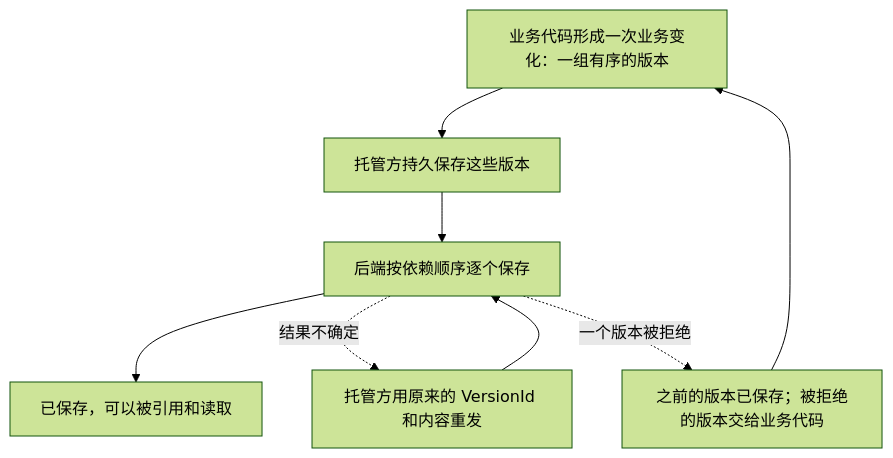
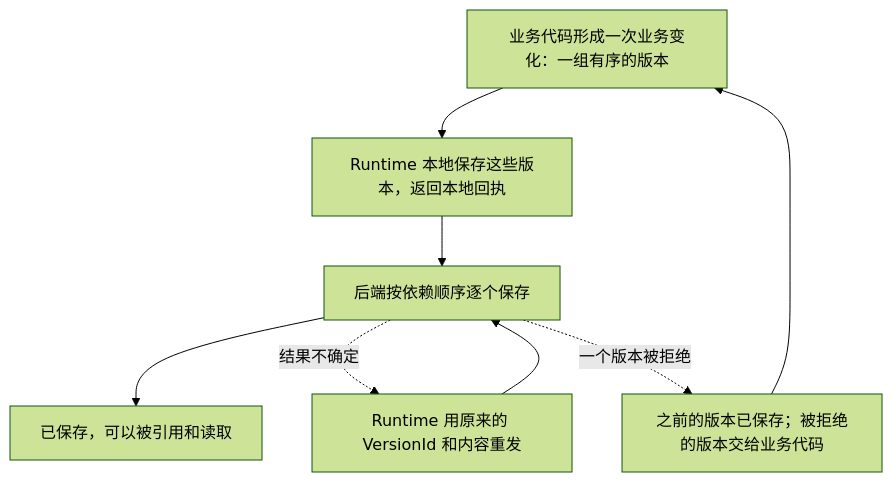
One commit to shenxianovo/Heartbeat changed the diagram in src/Docs/Orisumi.Docs/content/docs/hosting/index.mdx. Above: the diagram before and after it, drawn with Mermaid (forest theme). The commit also changed other lines of this file and 61 other files, not shown here.

First line of the commit message:
docs: unify runtime hosting and observer management

````diff
--- a/src/Docs/Orisumi.Docs/content/docs/hosting/index.mdx
+++ b/src/Docs/Orisumi.Docs/content/docs/hosting/index.mdx
@@ -25,10 +26,11 @@
 ```mermaid
 flowchart TD
-  B[业务代码形成一次业务变化：一组有序的版本] --> H[托管方持久保存这些版本]
+  B[业务代码形成一次业务变化：一组有序的版本] --> H[Runtime 本地保存这些版本，返回本地回执]
   H --> S[后端按依赖顺序逐个保存]
   S --> OK[已保存，可以被引用和读取]
-  S -. 结果不确定 .-> R[托管方用原来的 VersionId 和内容重发] --> S
+  S -. 结果不确定 .-> R[Runtime 用原来的 VersionId 和内容重发] --> S
   S -. 一个版本被拒绝 .-> J[之前的版本已保存；被拒绝的版本交给业务代码] --> B
+  click H "/hosting/submission#receipts"
   click R "/hosting/submission#retry"
   click J "/hosting/submission#rejections"
 ```
````
